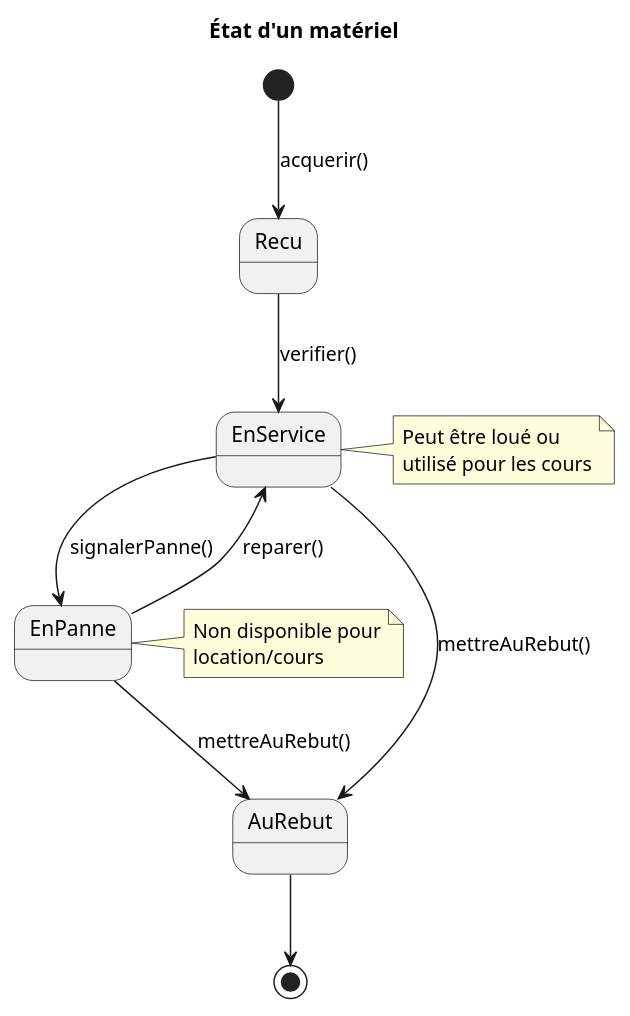
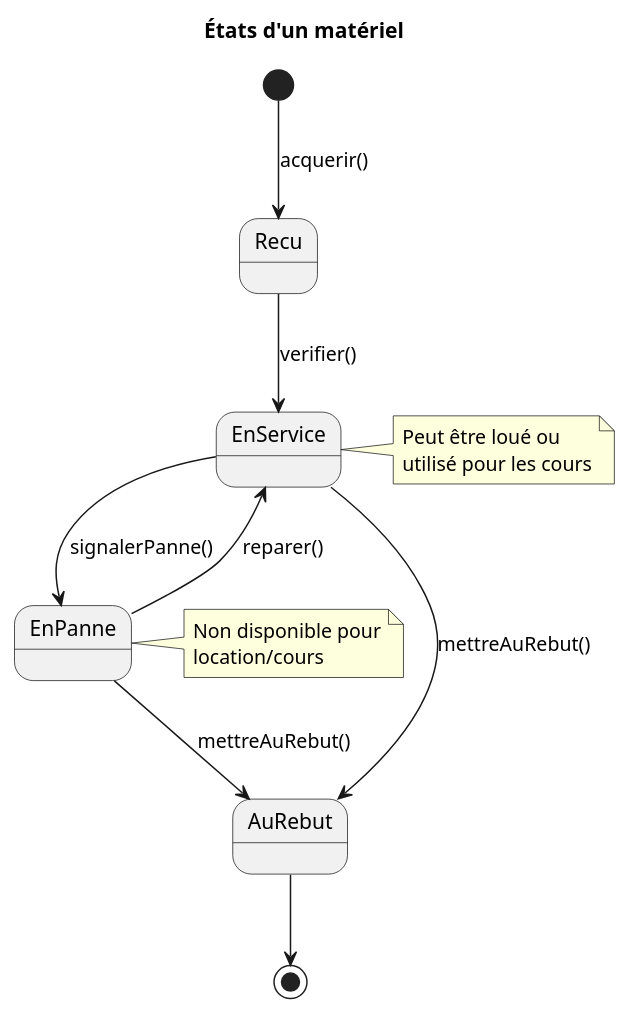
Before and after one commit to Hugo-COLLIN/MIAGE_CSI_NauticalClub: the diagram in docs/1-analysis/stateDiagrams/equipmentStateDiagram.puml, drawn with PlantUML. The commit also changed 1 other file, not shown here.

Commit message:
docs: "États"

```diff
--- a/docs/1-analysis/stateDiagrams/equipmentStateDiagram.puml
+++ b/docs/1-analysis/stateDiagrams/equipmentStateDiagram.puml
@@ -1,21 +1,21 @@
 @startuml
-    title État d'un matériel
+    title États d'un matériel
 
     [*] --> Recu: acquerir()
     Recu --> EnService: verifier()
     EnService --> EnPanne: signalerPanne()
     EnPanne --> EnService: reparer()
     EnPanne --> AuRebut: mettreAuRebut()
     EnService --> AuRebut: mettreAuRebut()
     AuRebut --> [*]
 
     note right of EnService
         Peut être loué ou
         utilisé pour les cours
     end note
 
     note right of EnPanne
         Non disponible pour
         location/cours
     end note
 @enduml
```
